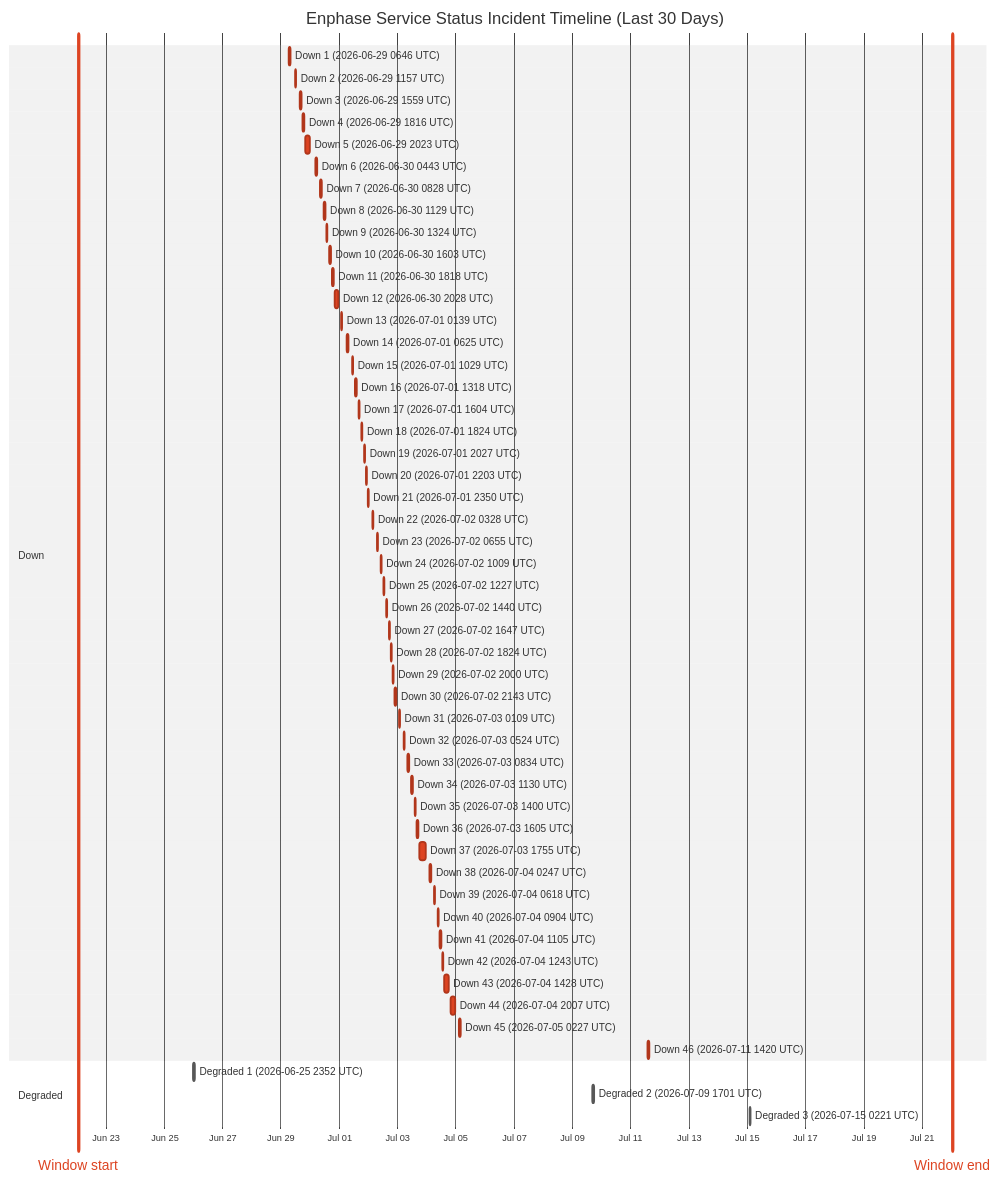
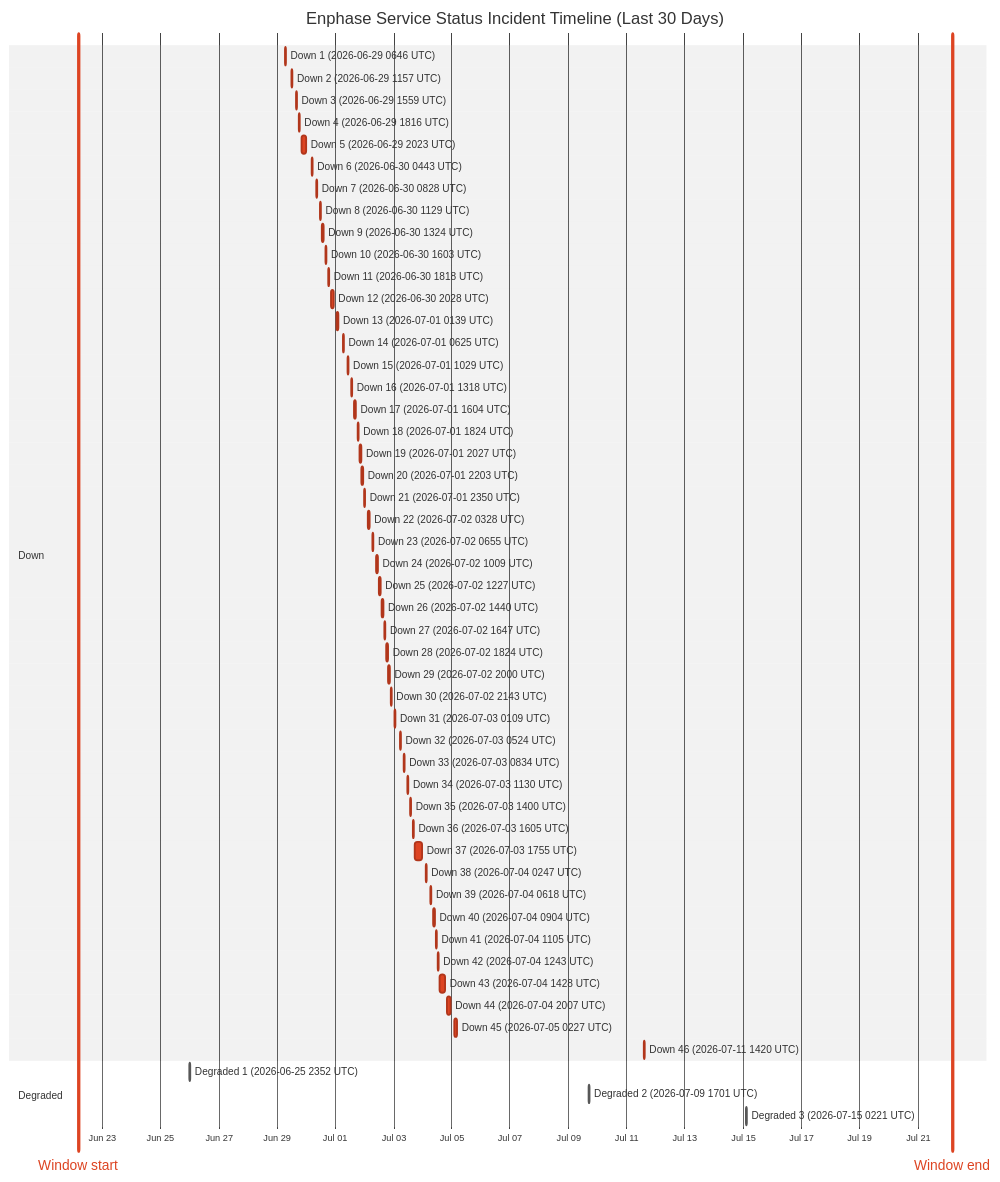
One commit to barneyonline/ha-enphase-energy changed the diagram in wiki/Service-Status-History.md. Above: the diagram before and after it, drawn with Mermaid (neutral theme). The commit also changed other lines of this file and 3 other files, not shown here.

````diff
--- a/wiki/Service-Status-History.md
+++ b/wiki/Service-Status-History.md
@@ -14,59 +14,59 @@
 ```mermaid
 gantt
     title Enphase Service Status Incident Timeline (Last 30 Days)
     dateFormat  YYYY-MM-DDTHH:mm:ss
     axisFormat  %b %d
-    Window start :vert, window-start, 2026-06-22T00:58:34, 0ms
-    Window end :vert, window-end, 2026-07-22T00:58:34, 0ms
+    Window start :vert, window-start, 2026-06-22T04:22:11, 0ms
+    Window end :vert, window-end, 2026-07-22T04:22:11, 0ms
     section Down
     Down 1 (2026-06-29 0646 UTC) :crit, down-1, 2026-06-29T06:46:18, 60m
     Down 2 (2026-06-29 1157 UTC) :crit, down-2, 2026-06-29T11:57:36, 60m
     Down 3 (2026-06-29 1559 UTC) :crit, down-3, 2026-06-29T15:59:02, 60m
     Down 4 (2026-06-29 1816 UTC) :crit, down-4, 2026-06-29T18:16:38, 60m
     Down 5 (2026-06-29 2023 UTC) :crit, down-5, 2026-06-29T20:23:16, 220m
     Down 6 (2026-06-30 0443 UTC) :crit, down-6, 2026-06-30T04:43:54, 60m
     Down 7 (2026-06-30 0828 UTC) :crit, down-7, 2026-06-30T08:28:43, 60m
     Down 8 (2026-06-30 1129 UTC) :crit, down-8, 2026-06-30T11:29:15, 60m
     Down 9 (2026-06-30 1324 UTC) :crit, down-9, 2026-06-30T13:24:25, 60m
     Down 10 (2026-06-30 1603 UTC) :crit, down-10, 2026-06-30T16:03:26, 60m
     Down 11 (2026-06-30 1818 UTC) :crit, down-11, 2026-06-30T18:18:39, 60m
     Down 12 (2026-06-30 2028 UTC) :crit, down-12, 2026-06-30T20:28:54, 171m
     Down 13 (2026-07-01 0139 UTC) :crit, down-13, 2026-07-01T01:39:18, 60m
     Down 14 (2026-07-01 0625 UTC) :crit, down-14, 2026-07-01T06:25:35, 60m
     Down 15 (2026-07-01 1029 UTC) :crit, down-15, 2026-07-01T10:29:24, 60m
     Down 16 (2026-07-01 1318 UTC) :crit, down-16, 2026-07-01T13:18:31, 60m
     Down 17 (2026-07-01 1604 UTC) :crit, down-17, 2026-07-01T16:04:29, 60m
     Down 18 (2026-07-01 1824 UTC) :crit, down-18, 2026-07-01T18:24:21, 60m
     Down 19 (2026-07-01 2027 UTC) :crit, down-19, 2026-07-01T20:27:17, 60m
     Down 20 (2026-07-01 2203 UTC) :crit, down-20, 2026-07-01T22:03:46, 60m
     Down 21 (2026-07-01 2350 UTC) :crit, down-21, 2026-07-01T23:50:52, 60m
     Down 22 (2026-07-02 0328 UTC) :crit, down-22, 2026-07-02T03:28:33, 60m
     Down 23 (2026-07-02 0655 UTC) :crit, down-23, 2026-07-02T06:55:07, 60m
     Down 24 (2026-07-02 1009 UTC) :crit, down-24, 2026-07-02T10:09:15, 60m
     Down 25 (2026-07-02 1227 UTC) :crit, down-25, 2026-07-02T12:27:49, 60m
     Down 26 (2026-07-02 1440 UTC) :crit, down-26, 2026-07-02T14:40:53, 60m
     Down 27 (2026-07-02 1647 UTC) :crit, down-27, 2026-07-02T16:47:47, 60m
     Down 28 (2026-07-02 1824 UTC) :crit, down-28, 2026-07-02T18:24:26, 60m
     Down 29 (2026-07-02 2000 UTC) :crit, down-29, 2026-07-02T20:00:57, 60m
     Down 30 (2026-07-02 2143 UTC) :crit, down-30, 2026-07-02T21:43:52, 80m
     Down 31 (2026-07-03 0109 UTC) :crit, down-31, 2026-07-03T01:09:19, 60m
     Down 32 (2026-07-03 0524 UTC) :crit, down-32, 2026-07-03T05:24:23, 60m
     Down 33 (2026-07-03 0834 UTC) :crit, down-33, 2026-07-03T08:34:05, 60m
     Down 34 (2026-07-03 1130 UTC) :crit, down-34, 2026-07-03T11:30:41, 60m
     Down 35 (2026-07-03 1400 UTC) :crit, down-35, 2026-07-03T14:00:48, 60m
     Down 36 (2026-07-03 1605 UTC) :crit, down-36, 2026-07-03T16:05:49, 60m
     Down 37 (2026-07-03 1755 UTC) :crit, down-37, 2026-07-03T17:55:54, 338m
     Down 38 (2026-07-04 0247 UTC) :crit, down-38, 2026-07-04T02:47:22, 60m
     Down 39 (2026-07-04 0618 UTC) :crit, down-39, 2026-07-04T06:18:09, 60m
     Down 40 (2026-07-04 0904 UTC) :crit, down-40, 2026-07-04T09:04:41, 60m
     Down 41 (2026-07-04 1105 UTC) :crit, down-41, 2026-07-04T11:05:21, 60m
     Down 42 (2026-07-04 1243 UTC) :crit, down-42, 2026-07-04T12:43:25, 60m
     Down 43 (2026-07-04 1428 UTC) :crit, down-43, 2026-07-04T14:28:07, 243m
     Down 44 (2026-07-04 2007 UTC) :crit, down-44, 2026-07-04T20:07:50, 206m
     Down 45 (2026-07-05 0227 UTC) :crit, down-45, 2026-07-05T02:27:32, 109m
     Down 46 (2026-07-11 1420 UTC) :crit, down-46, 2026-07-11T14:20:54, 69m
     section Degraded
     Degraded 1 (2026-06-25 2352 UTC) :active, degraded-1, 2026-06-25T23:52:01, 60m
     Degraded 2 (2026-07-09 1701 UTC) :active, degraded-2, 2026-07-09T17:01:02, 60m
     Degraded 3 (2026-07-15 0221 UTC) :active, degraded-3, 2026-07-15T02:21:35, 60m
 ```
````
